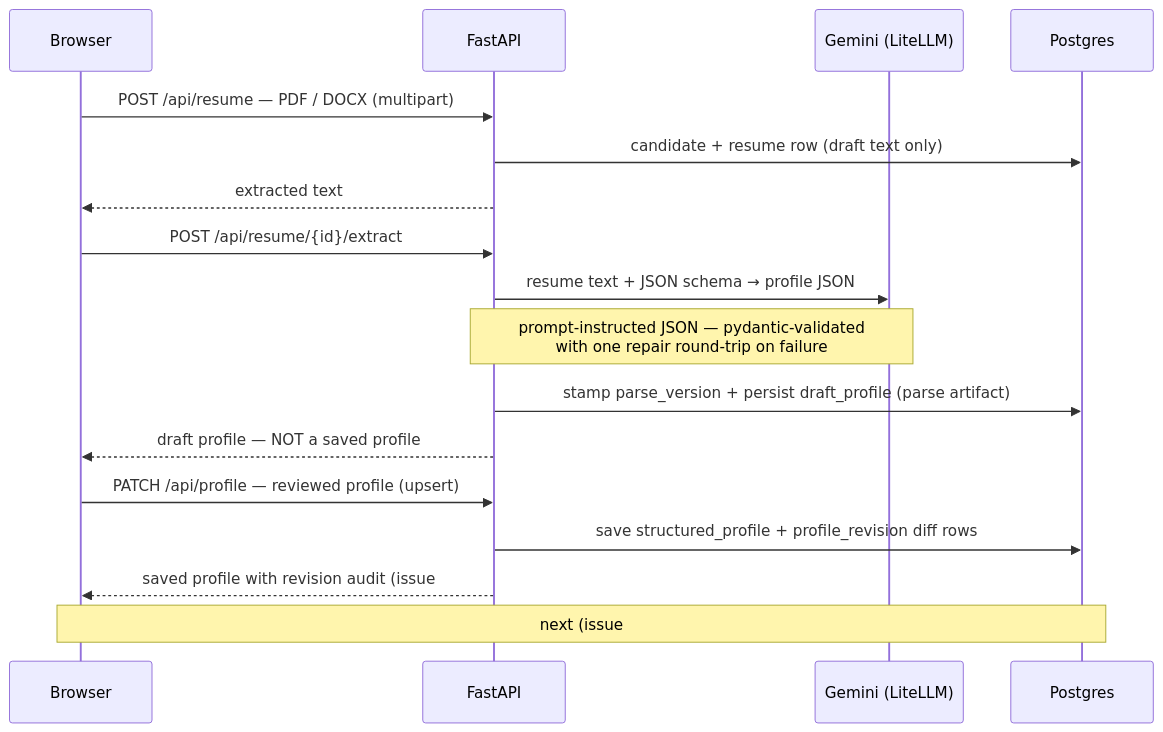
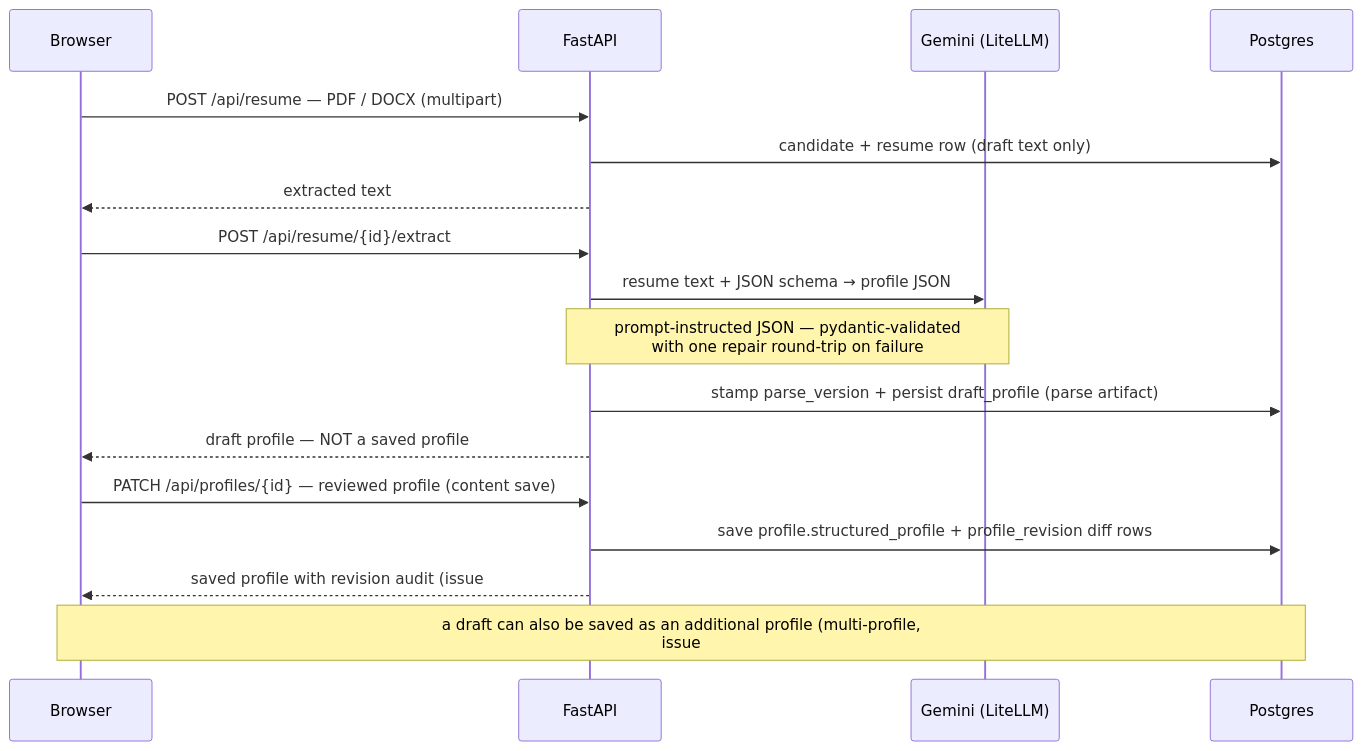
Before and after one commit to MSVhora/ai_job_assistant: the second of 4 diagrams in docs/architecture.md, drawn with Mermaid. The commit also changed other lines of this file and 36 other files, not shown here.

Commit message:
Add multi-profile tracks, resume list, and profile provenance

````diff
--- a/docs/architecture.md
+++ b/docs/architecture.md
@@ -51,20 +51,20 @@
 ```mermaid
 sequenceDiagram
     participant B as Browser
     participant A as FastAPI
     participant G as Gemini (LiteLLM)
     participant D as Postgres
 
     B->>A: POST /api/resume — PDF / DOCX (multipart)
     A->>D: candidate + resume row (draft text only)
     A-->>B: extracted text
     B->>A: POST /api/resume/{id}/extract
     A->>G: resume text + JSON schema → profile JSON
     Note over A,G: prompt-instructed JSON — pydantic-validated<br/>with one repair round-trip on failure
     A->>D: stamp parse_version + persist draft_profile (parse artifact)
     A-->>B: draft profile — NOT a saved profile
-    B->>A: PATCH /api/profile — reviewed profile (upsert)
-    A->>D: save structured_profile + profile_revision diff rows
+    B->>A: PATCH /api/profiles/{id} — reviewed profile (content save)
+    A->>D: save profile.structured_profile + profile_revision diff rows
     A-->>B: saved profile with revision audit (issue #4)
-    Note over B,D: next (issue #5): conversational gap-fill for missing fields
+    Note over B,D: a draft can also be saved as an additional profile (multi-profile,<br/>issue #6); gap-fill for missing fields follows (issue #5)
 ```
````
